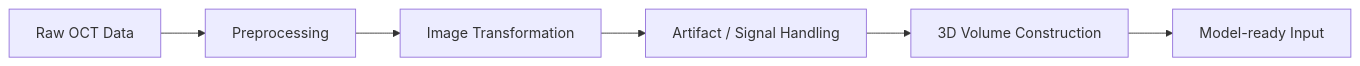
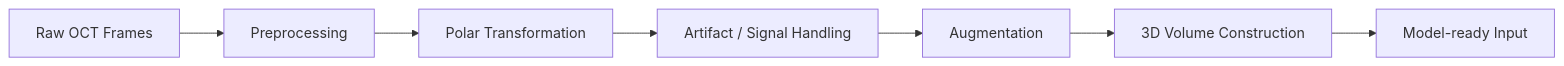
Before and after one commit to ChengYuChing/3D-DLimage-segmentation: the third of 5 diagrams in README.md, drawn with Mermaid. The commit also changed other lines of this file, not shown here.

````diff
--- a/README.md
+++ b/README.md
@@ -69,8 +98,9 @@
 ```mermaid
 flowchart LR
-    A["Raw OCT Data"] --> B["Preprocessing"]
-    B --> C["Image Transformation"]
+    A["Raw OCT Frames"] --> B["Preprocessing"]
+    B --> C["Polar Transformation"]
     C --> D["Artifact / Signal Handling"]
-    D --> E["3D Volume Construction"]
-    E --> F["Model-ready Input"]
+    D --> E["Augmentation"]
+    E --> F["3D Volume Construction"]
+    F --> G["Model-ready Input"]
 ```
````
